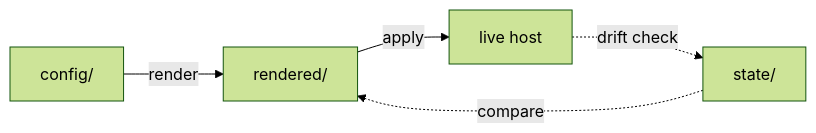
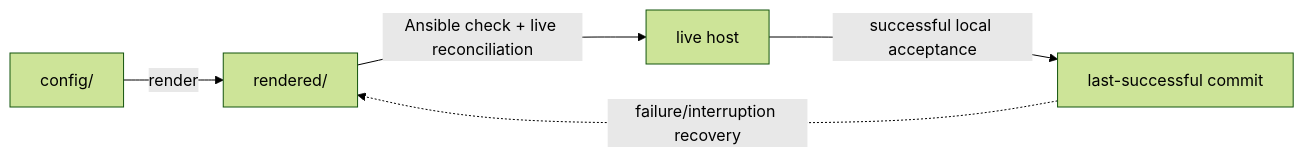
One commit to moonpie/abhaile changed the first of 3 diagrams in docs/ARCHITECTURE.md. Above: the diagram before and after it, drawn with Mermaid (forest theme). The commit also changed other lines of this file and 97 other files, not shown here.

````diff
--- a/docs/ARCHITECTURE.md
+++ b/docs/ARCHITECTURE.md
@@ -7,7 +9,7 @@
 ```mermaid
 flowchart LR
     A[config/] -->|render| B[rendered/]
-    B -->|apply| C[live host]
-    C -.->|drift check| D[state/]
-    D -.->|compare| B
+    B -->|Ansible check + live reconciliation| C[live host]
+    C -->|successful local acceptance| D[last-successful commit]
+    D -.->|failure/interruption recovery| B
 ```
````
